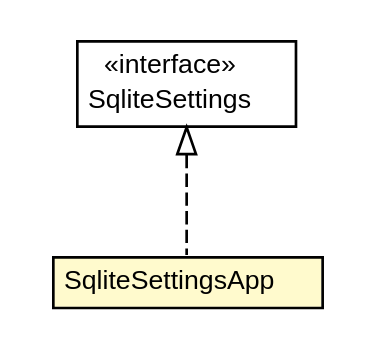
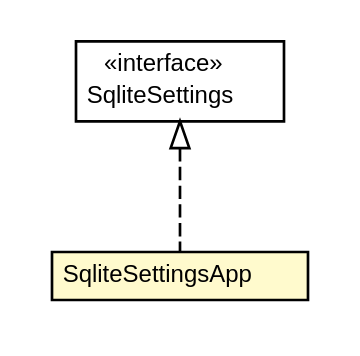
The diagram in javadoc/coreserver/com/connectlife/coreserver/config/SqliteSettingsApp.dot (ericpinet/ConnectLife), drawn with Graphviz before and after one commit. The commit also changed 432 other files, not shown here.

```diff
--- a/javadoc/coreserver/com/connectlife/coreserver/config/SqliteSettingsApp.dot
+++ b/javadoc/coreserver/com/connectlife/coreserver/config/SqliteSettingsApp.dot
@@ -1,27 +1,27 @@
 #!/usr/local/bin/dot
 #
 # Class diagram 
 # Generated by UMLGraph version 5.1 (http://www.umlgraph.org/)
 #
 
 digraph G {
 	edge [fontname="Helvetica",fontsize=10,labelfontname="Helvetica",labelfontsize=10];
 	node [fontname="Helvetica",fontsize=10,shape=plaintext];
 	nodesep=0.25;
 	ranksep=0.5;
 	// com.connectlife.coreserver.config.SqliteSettingsApp
-	c1771 [label=<<table title="com.connectlife.coreserver.config.SqliteSettingsApp" border="0" cellborder="1" cellspacing="0" cellpadding="2" port="p" bgcolor="lemonChiffon" href="./SqliteSettingsApp.html">
+	c1912 [label=<<table title="com.connectlife.coreserver.config.SqliteSettingsApp" border="0" cellborder="1" cellspacing="0" cellpadding="2" port="p" bgcolor="lemonChiffon" href="./SqliteSettingsApp.html">
 		<tr><td><table border="0" cellspacing="0" cellpadding="1">
 <tr><td align="center" balign="center"> SqliteSettingsApp </td></tr>
 		</table></td></tr>
-		</table>>, fontname="Helvetica", fontcolor="black", fontsize=10.0];
+		</table>>, fontname="Helvetica", fontcolor="black", fontsize=9.0];
 	// com.connectlife.coreserver.config.SqliteSettings
-	c1774 [label=<<table title="com.connectlife.coreserver.config.SqliteSettings" border="0" cellborder="1" cellspacing="0" cellpadding="2" port="p" href="./SqliteSettings.html">
+	c1915 [label=<<table title="com.connectlife.coreserver.config.SqliteSettings" border="0" cellborder="1" cellspacing="0" cellpadding="2" port="p" href="./SqliteSettings.html">
 		<tr><td><table border="0" cellspacing="0" cellpadding="1">
 <tr><td align="center" balign="center"> &#171;interface&#187; </td></tr>
 <tr><td align="center" balign="center"> SqliteSettings </td></tr>
 		</table></td></tr>
-		</table>>, fontname="Helvetica", fontcolor="black", fontsize=10.0];
+		</table>>, fontname="Helvetica", fontcolor="black", fontsize=9.0];
 	//com.connectlife.coreserver.config.SqliteSettingsApp implements com.connectlife.coreserver.config.SqliteSettings
-	c1774:p -> c1771:p [dir=back,arrowtail=empty,style=dashed];
+	c1915:p -> c1912:p [dir=back,arrowtail=empty,style=dashed];
 }
```
